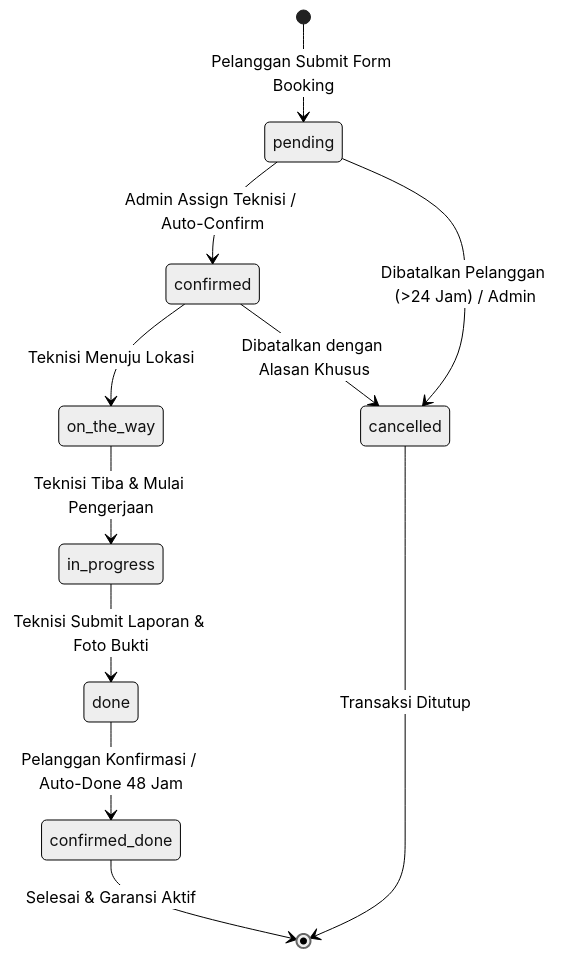
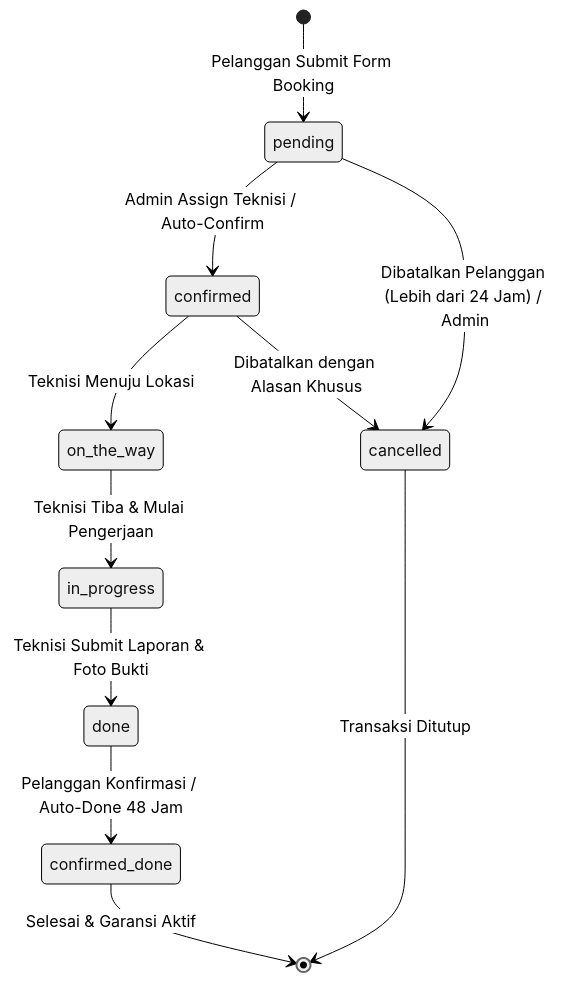
Before and after one commit to KuatRiawan/Nara-AC.Dev: the first of 3 diagrams in docs/06-ALUR-BISNIS.md, drawn with Mermaid (neutral theme). The commit also changed 12 other files, not shown here.

Commit message:
perbaiki sintaks diagram mermaid agar valid di github renderer

````diff
--- a/docs/06-ALUR-BISNIS.md
+++ b/docs/06-ALUR-BISNIS.md
@@ -13,13 +13,13 @@
 ```mermaid
 stateDiagram-v2
     [*] --> pending: Pelanggan Submit Form Booking
     pending --> confirmed: Admin Assign Teknisi / Auto-Confirm
-    pending --> cancelled: Dibatalkan Pelanggan (>24 Jam) / Admin
+    pending --> cancelled: Dibatalkan Pelanggan (Lebih dari 24 Jam) / Admin
     confirmed --> on_the_way: Teknisi Menuju Lokasi
     confirmed --> cancelled: Dibatalkan dengan Alasan Khusus
     on_the_way --> in_progress: Teknisi Tiba & Mulai Pengerjaan
     in_progress --> done: Teknisi Submit Laporan & Foto Bukti
     done --> confirmed_done: Pelanggan Konfirmasi / Auto-Done 48 Jam
     confirmed_done --> [*]: Selesai & Garansi Aktif
     cancelled --> [*]: Transaksi Ditutup
 ```
````
